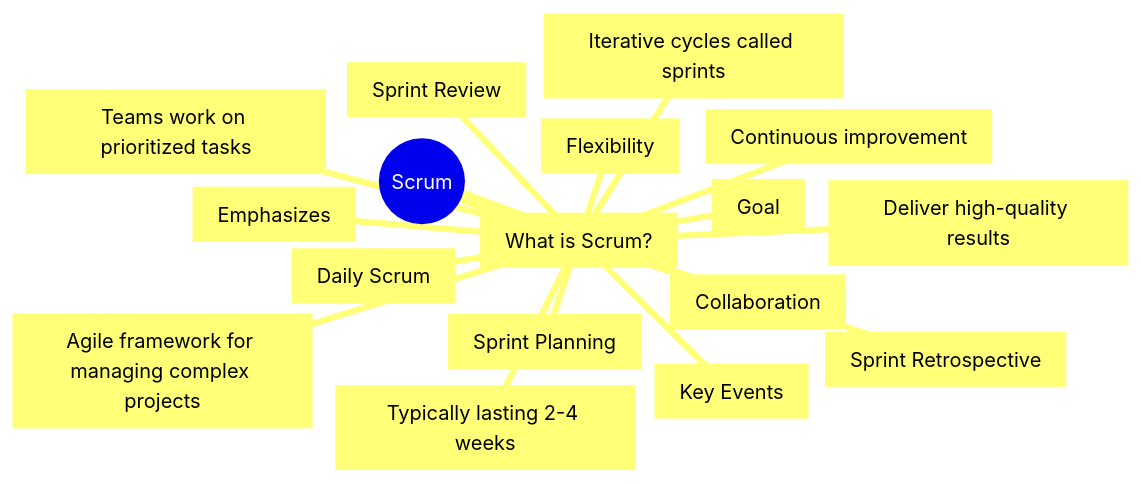
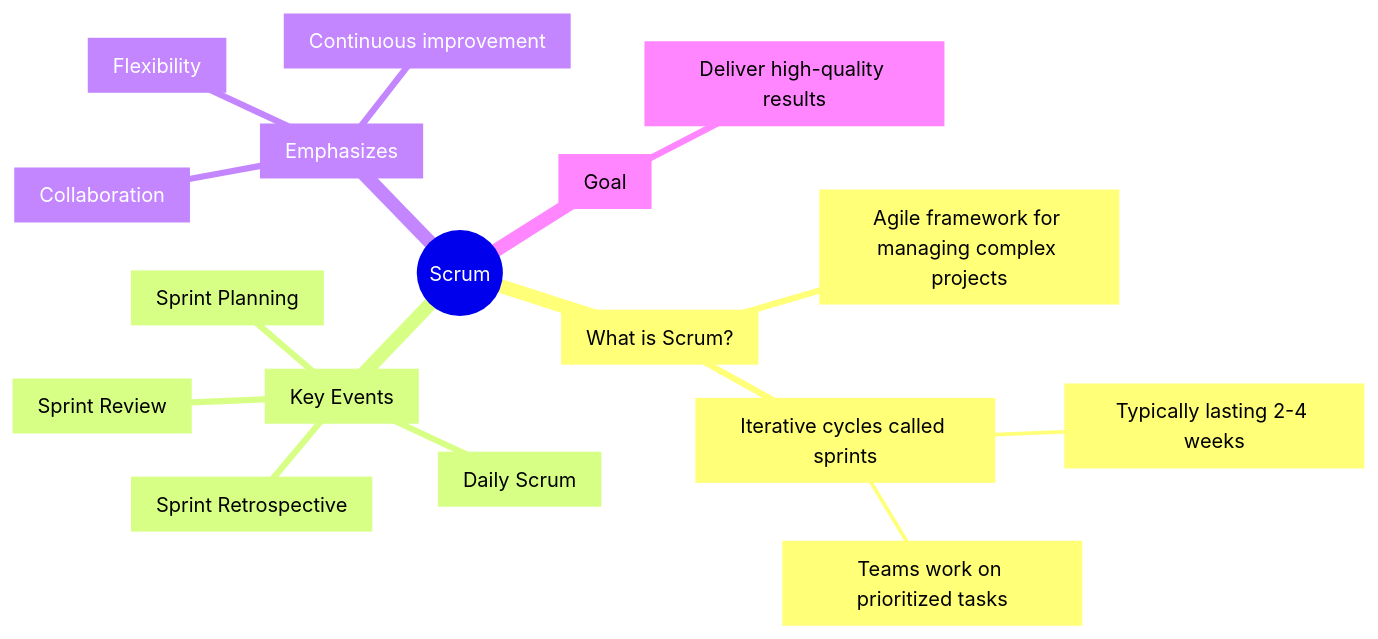
The first of 11 diagrams in readme.md (HuyCuongBuiCong/kanban-scrum-mermaid-diagram), drawn with Mermaid before and after one commit.

````diff
--- a/readme.md
+++ b/readme.md
@@ -7,24 +7,21 @@
 ```mermaid
 mindmap
   root((Scrum))
     root --> A["What is Scrum?"]
         A --> A1["Agile framework for managing complex projects"]
         A --> A2["Iterative cycles called sprints"]
-        A2 --> A2a["Typically lasting 2-4 weeks"]
-        A2 --> A2b["Teams work on prioritized tasks"]
-        
-        root --> B["Key Events"]
+            A2 --> A2a["Typically lasting 2-4 weeks"]
+            A2 --> A2b["Teams work on prioritized tasks"]
+    root --> B["Key Events"]
         B --> B1["Sprint Planning"]
         B --> B2["Daily Scrum"]
         B --> B3["Sprint Review"]
         B --> B4["Sprint Retrospective"]
-        
-        root --> C["Emphasizes"]
+    root --> C["Emphasizes"]
         C --> C1["Collaboration"]
         C --> C2["Flexibility"]
         C --> C3["Continuous improvement"]
-        
-        root --> D["Goal"]
+    root --> D["Goal"]
         D --> D1["Deliver high-quality results"]
 
 ```
````
